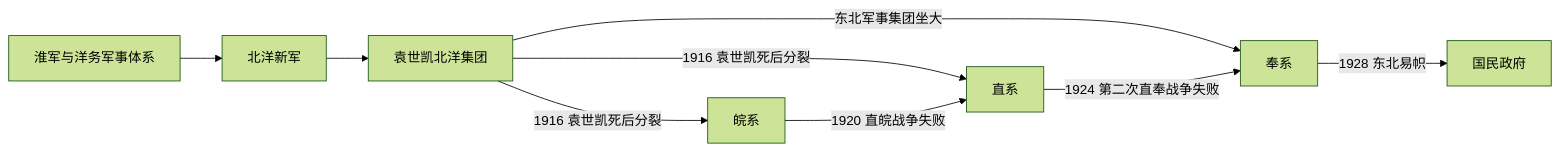
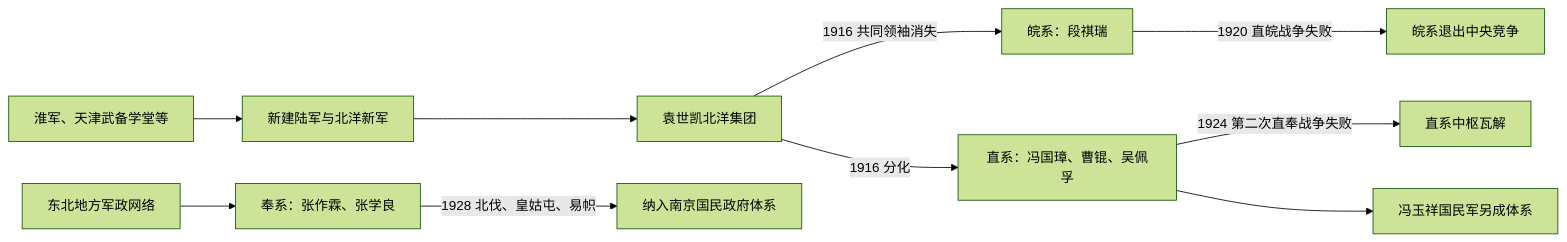
The diagram in 人文科学/历史/东亚/中国/民国/北洋军阀.md (tianlan-dev/learning-notes), drawn with Mermaid (forest theme) before and after one commit. The commit also changed other lines of this file and 1417 other files, not shown here.

````diff
--- a/人文科学/历史/东亚/中国/民国/北洋军阀.md
+++ b/人文科学/历史/东亚/中国/民国/北洋军阀.md
@@ -41,11 +17,12 @@
 ```mermaid
 flowchart LR
-  Huai[淮军与洋务军事体系] --> BeiyangArmy[北洋新军]
-  BeiyangArmy --> Yuan[袁世凯北洋集团]
-  Yuan -->|1916 袁世凯死后分裂| Anhui[皖系]
-  Yuan -->|1916 袁世凯死后分裂| Zhili[直系]
-  Yuan -->|东北军事集团坐大| Fengtian[奉系]
-  Anhui -->|1920 直皖战争失败| Zhili
-  Zhili -->|1924 第二次直奉战争失败| Fengtian
-  Fengtian -->|1928 东北易帜| NationalGov[国民政府]
+  Huai["淮军、天津武备学堂等"] --> NewArmy["新建陆军与北洋新军"]
+  NewArmy --> Yuan["袁世凯北洋集团"]
+  Yuan -->|1916 共同领袖消失| Anhui["皖系：段祺瑞"]
+  Yuan -->|1916 分化| Zhili["直系：冯国璋、曹锟、吴佩孚"]
+  Northeast["东北地方军政网络"] --> Fengtian["奉系：张作霖、张学良"]
+  Anhui -->|1920 直皖战争失败| DeclineA["皖系退出中央竞争"]
+  Zhili -->|1924 第二次直奉战争失败| DeclineZ["直系中枢瓦解"]
+  Fengtian -->|1928 北伐、皇姑屯、易帜| NationalGov["纳入南京国民政府体系"]
+  Zhili --> Guominjun["冯玉祥国民军另成体系"]
 ```
````
